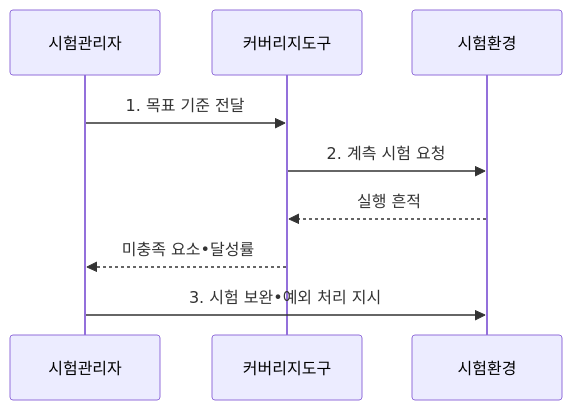
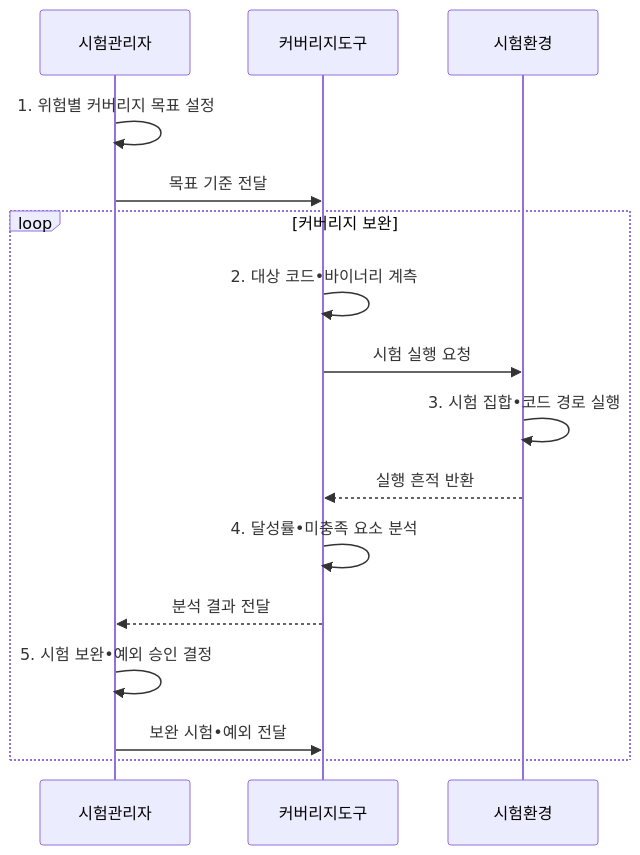
One commit to agnusdei1207/knowledge-base changed the second of 2 diagrams in src/content/docs/notes/06-evaluation/033_test_coverage.md. Above: the diagram before and after it, drawn with Mermaid. The commit also changed other lines of this file and 20 other files, not shown here.

````diff
--- a/src/content/docs/notes/06-evaluation/033_test_coverage.md
+++ b/src/content/docs/notes/06-evaluation/033_test_coverage.md
@@ -103,11 +103,18 @@
 ```mermaid
 sequenceDiagram
-    participant M as 시험관리자
-    participant T as 커버리지도구
-    participant S as 시험환경
-    M->>T: 1. 목표 기준 전달
-    T->>S: 2. 계측 시험 요청
-    S-->>T: 실행 흔적
-    T-->>M: 미충족 요소•달성률
-    M->>S: 3. 시험 보완•예외 처리 지시
+  participant M as 시험관리자
+  participant T as 커버리지도구
+  participant S as 시험환경
+  M->>M: 1. 위험별 커버리지 목표 설정
+  M->>T: 목표 기준 전달
+  loop 커버리지 보완
+    T->>T: 2. 대상 코드•바이너리 계측
+    T->>S: 시험 실행 요청
+    S->>S: 3. 시험 집합•코드 경로 실행
+    S-->>T: 실행 흔적 반환
+    T->>T: 4. 달성률•미충족 요소 분석
+    T-->>M: 분석 결과 전달
+    M->>M: 5. 시험 보완•예외 승인 결정
+    M->>T: 보완 시험•예외 전달
+  end
 ```
````
